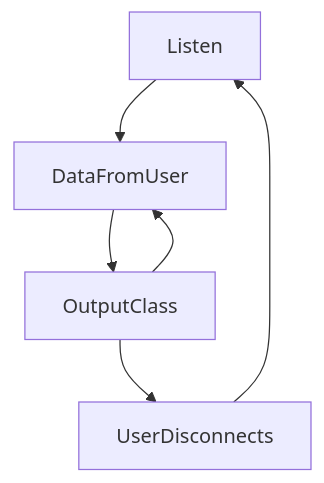
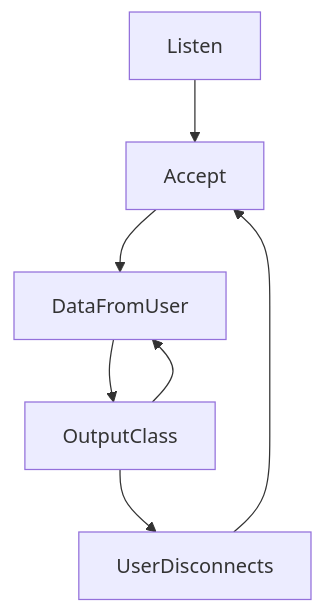
The first of 2 diagrams in readme.md (bananabajanana/KNNClassifier2.0), drawn with Mermaid before and after one commit. The commit also changed other lines of this file, not shown here.

````diff
--- a/readme.md
+++ b/readme.md
@@ -121,8 +121,9 @@
 ```mermaid
 graph TD;
-    Listen-->DataFromUser;
+    Listen-->Accept;
+    Accept-->DataFromUser;
     DataFromUser-->OutputClass;
     OutputClass-->DataFromUser;
     OutputClass-->UserDisconnects;
-    UserDisconnects-->Listen
+    UserDisconnects-->Accept;
 ```
````
